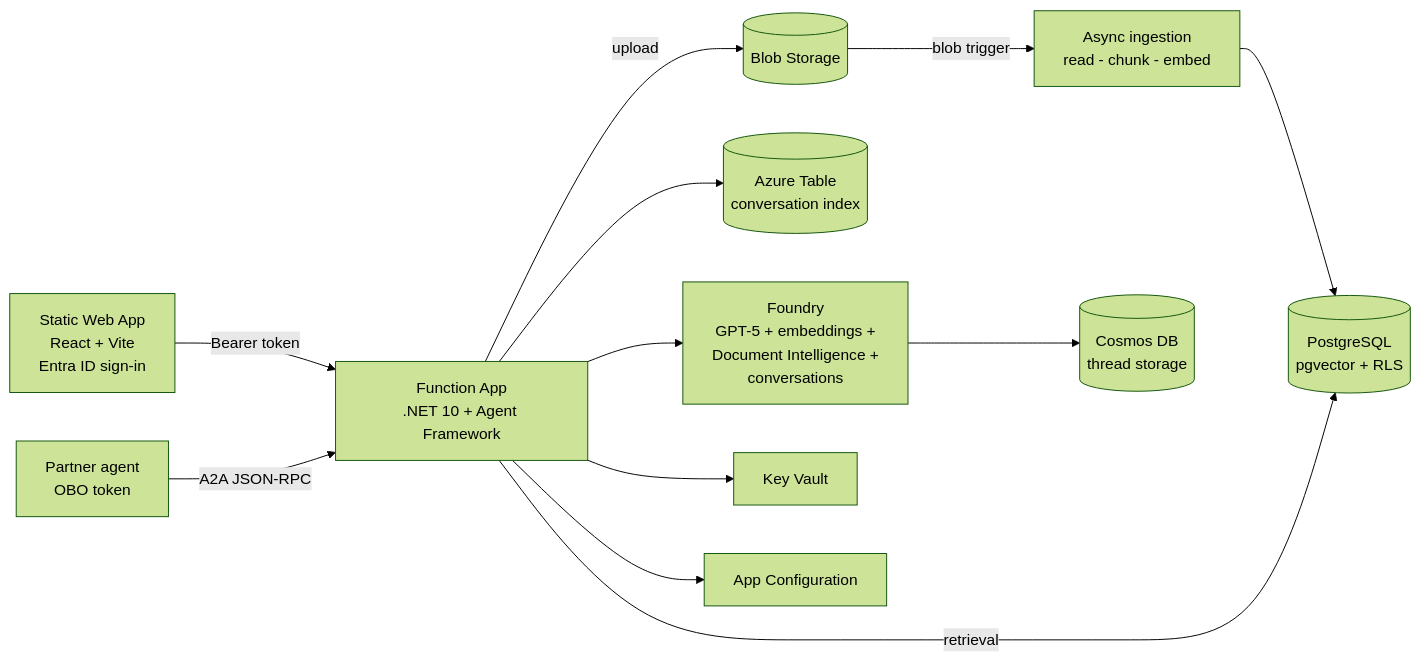
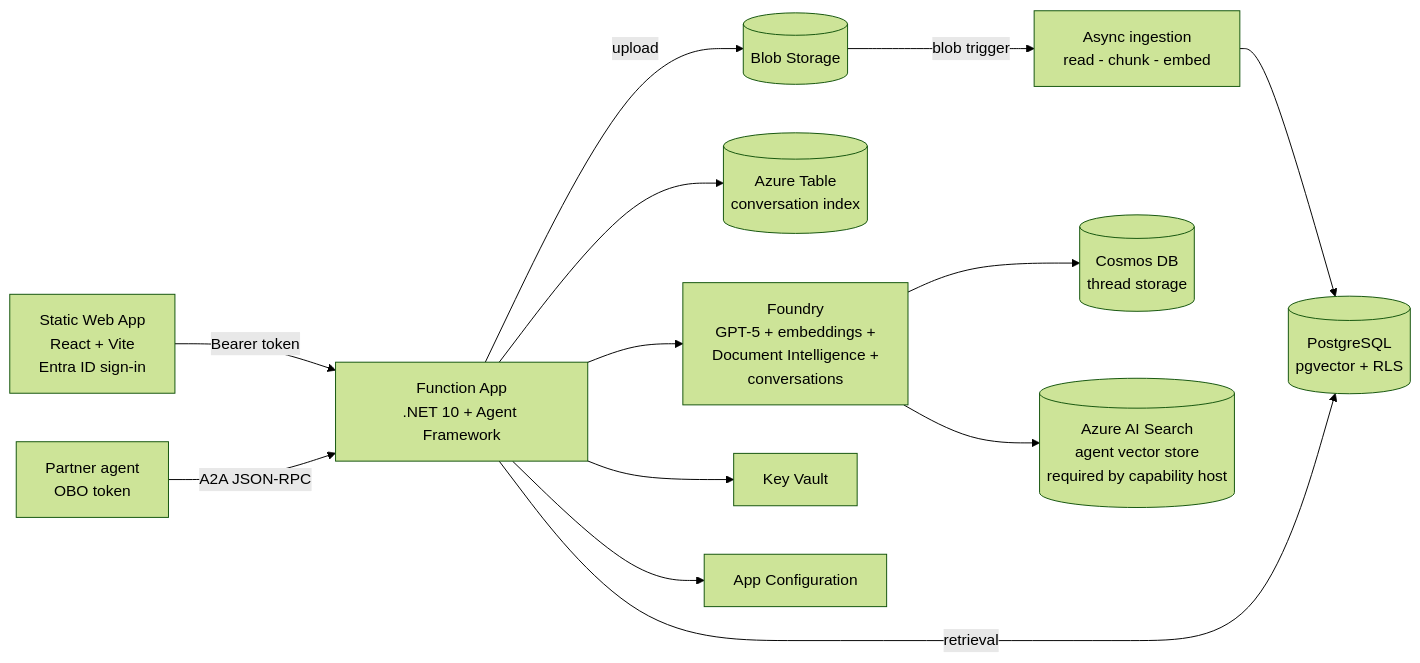
The diagram in README.md (nampacx/cerebro), drawn with Mermaid (forest theme) before and after one commit. The commit also changed other lines of this file and 7 other files, not shown here.

First line of the commit message:
Add Azure AI Search to satisfy Foundry capability host connection set

````diff
--- a/README.md
+++ b/README.md
@@ -15,14 +15,15 @@
 ```mermaid
 flowchart LR
   SPA[Static Web App<br/>React + Vite<br/>Entra ID sign-in] -->|Bearer token| FN[Function App<br/>.NET 10 + Agent Framework]
   U[Partner agent<br/>OBO token] -->|A2A JSON-RPC| FN
   FN -->|upload| BLOB[(Blob Storage)]
   BLOB -->|blob trigger| PROC[Async ingestion<br/>read - chunk - embed]
   PROC --> PG[(PostgreSQL<br/>pgvector + RLS)]
   FN -->|retrieval| PG
   FN --> TBL[(Azure Table<br/>conversation index)]
   FN --> AI[Foundry<br/>GPT-5 + embeddings +<br/>Document Intelligence +<br/>conversations]
   AI --> COSMOS[(Cosmos DB<br/>thread storage)]
+  AI --> SRCH[(Azure AI Search<br/>agent vector store<br/>required by capability host)]
   FN --> KV[Key Vault]
   FN --> CFG[App Configuration]
 ```
````
